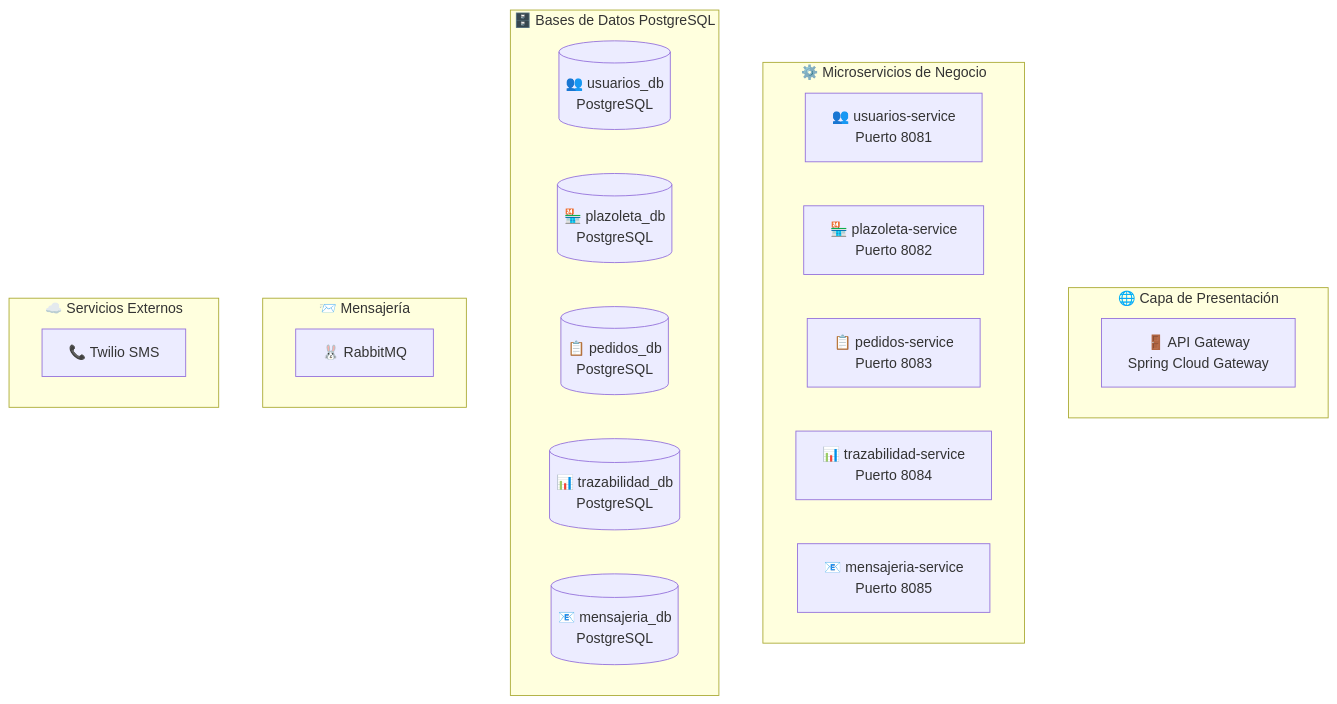
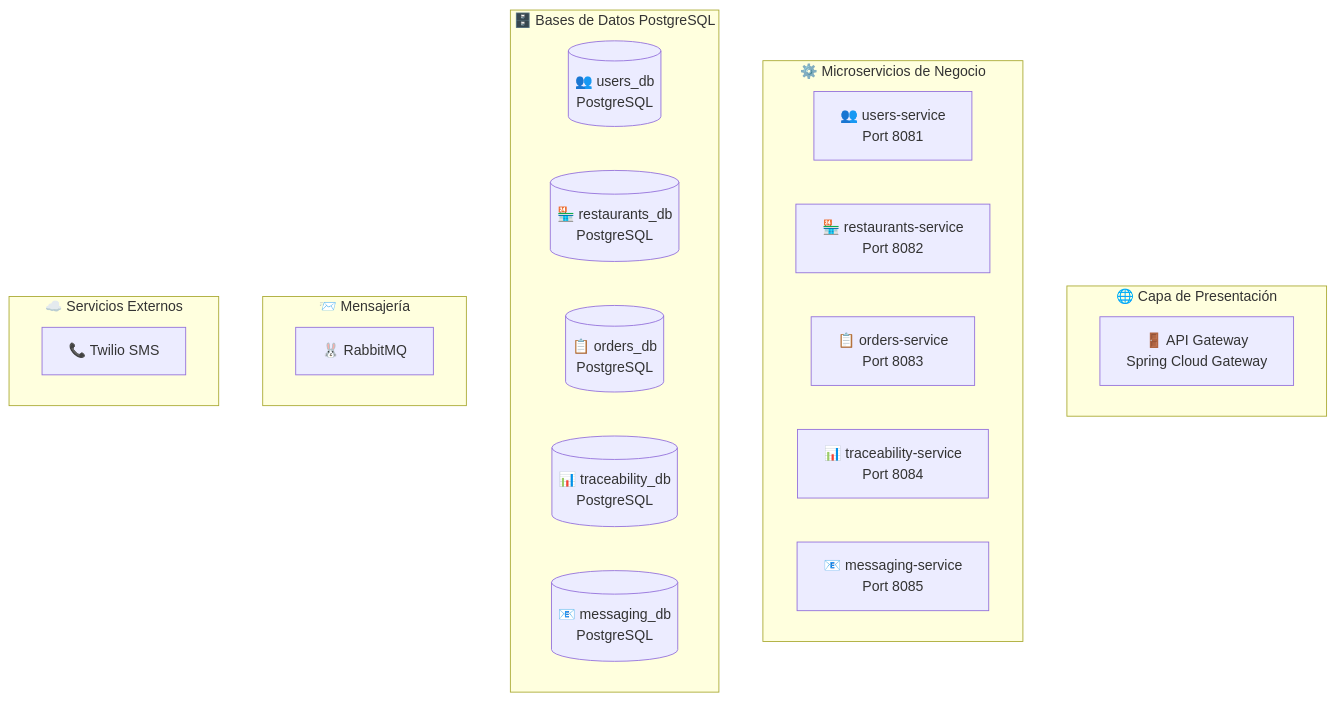
The diagram in docs/README.md (davidc-garciae/Hexagonal-Architecture-Microservice), drawn with Mermaid before and after one commit. The commit also changed other lines of this file and 5 other files, not shown here.

````diff
--- a/docs/README.md
+++ b/docs/README.md
@@ -66,30 +66,30 @@
 ```mermaid
 graph TB
     subgraph "🌐 Capa de Presentación"
         API_GW["🚪 API Gateway<br/>Spring Cloud Gateway"]
     end
 
     subgraph "⚙️ Microservicios de Negocio"
-        MS_USER["👥 usuarios-service<br/>Puerto 8081"]
-        MS_RESTAURANT["🏪 plazoleta-service<br/>Puerto 8082"]
-        MS_ORDER["📋 pedidos-service<br/>Puerto 8083"]
-        MS_TRACE["📊 trazabilidad-service<br/>Puerto 8084"]
-        MS_MSG["📧 mensajeria-service<br/>Puerto 8085"]
+        MS_USER["👥 users-service<br/>Port 8081"]
+        MS_RESTAURANT["🏪 restaurants-service<br/>Port 8082"]
+        MS_ORDER["📋 orders-service<br/>Port 8083"]
+        MS_TRACE["📊 traceability-service<br/>Port 8084"]
+        MS_MSG["📧 messaging-service<br/>Port 8085"]
     end
 
     subgraph "🗄️ Bases de Datos PostgreSQL"
-        DB_USER[("👥 usuarios_db<br/>PostgreSQL")]
-        DB_REST[("🏪 plazoleta_db<br/>PostgreSQL")]
-        DB_ORDER[("📋 pedidos_db<br/>PostgreSQL")]
-        DB_TRACE[("📊 trazabilidad_db<br/>PostgreSQL")]
-        DB_MSG[("📧 mensajeria_db<br/>PostgreSQL")]
+        DB_USER[("👥 users_db<br/>PostgreSQL")]
+        DB_REST[("🏪 restaurants_db<br/>PostgreSQL")]
+        DB_ORDER[("📋 orders_db<br/>PostgreSQL")]
+        DB_TRACE[("📊 traceability_db<br/>PostgreSQL")]
+        DB_MSG[("📧 messaging_db<br/>PostgreSQL")]
     end
 
     subgraph "📨 Mensajería"
         RABBIT["🐰 RabbitMQ"]
     end
 
     subgraph "☁️ Servicios Externos"
         TWILIO["📞 Twilio SMS"]
     end
 ```
````
